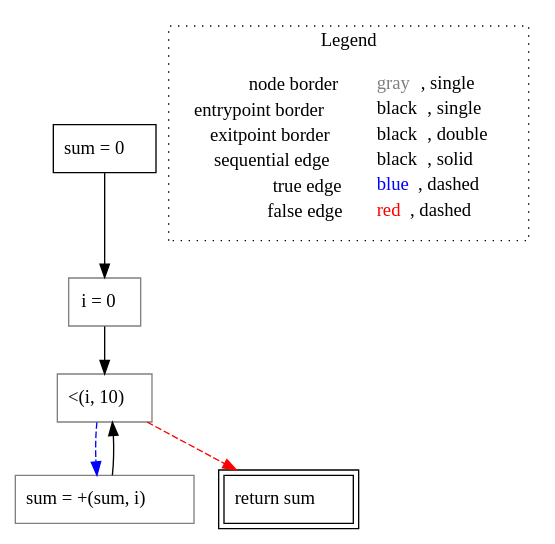
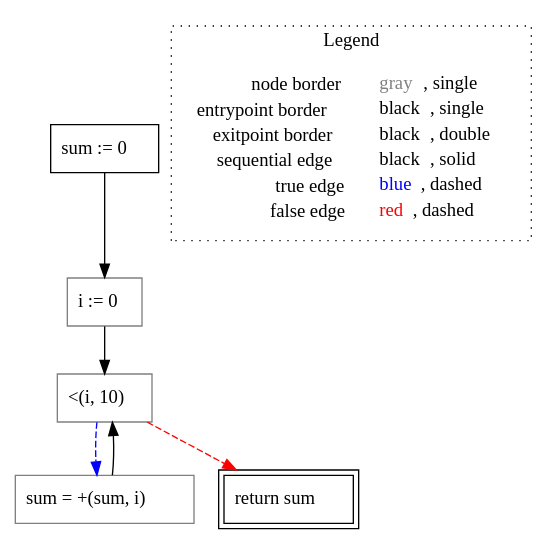
The diagram in go-lisa/go-testcases/cfg/for/untyped_~LiSAProgram.noIncFor().dot (lisa-analyzer/go-lisa), drawn with Graphviz before and after one commit. The commit also changed 9 other files, not shown here.

```diff
--- a/go-lisa/go-testcases/cfg/for/untyped_~LiSAProgram.noIncFor().dot
+++ b/go-lisa/go-testcases/cfg/for/untyped_~LiSAProgram.noIncFor().dot
@@ -1,19 +1,19 @@
 digraph {
-	"node0" [shape="rect",color="black",label=<sum = 0>];
+	"node0" [shape="rect",color="black",label=<sum := 0>];
 	"node1" [shape="rect",color="black",peripheries="2",label=<return sum>];
 	"node2" [shape="rect",color="gray",label=<sum = +(sum, i)>];
-	"node3" [shape="rect",color="gray",label=<i = 0>];
+	"node3" [shape="rect",color="gray",label=<i := 0>];
 	"node4" [shape="rect",color="gray",label=<&lt;(i, 10)>];
 	"node0" -> "node3" [color="black"];
 	"node2" -> "node4" [color="black"];
 	"node3" -> "node4" [color="black"];
 	"node4" -> "node1" [color="red",style="dashed"];
 	"node4" -> "node2" [color="blue",style="dashed"];
 subgraph cluster_legend {
 	label="Legend";
 	style=dotted;
 	node [shape=plaintext];
 	"legend" [label=<<table border="0" cellpadding="2" cellspacing="0" cellborder="0"><tr><td align="right">node border&nbsp;</td><td align="left"><font color="gray">gray</font>, single</td></tr><tr><td align="right">entrypoint border&nbsp;</td><td align="left"><font color="black">black</font>, single</td></tr><tr><td align="right">exitpoint border&nbsp;</td><td align="left"><font color="black">black</font>, double</td></tr><tr><td align="right">sequential edge&nbsp;</td><td align="left"><font color="black">black</font>, solid</td></tr><tr><td align="right">true edge&nbsp;</td><td align="left"><font color="blue">blue</font>, dashed</td></tr><tr><td align="right">false edge&nbsp;</td><td align="left"><font color="red">red</font>, dashed</td></tr></table>>];
 }
 
 }
```
